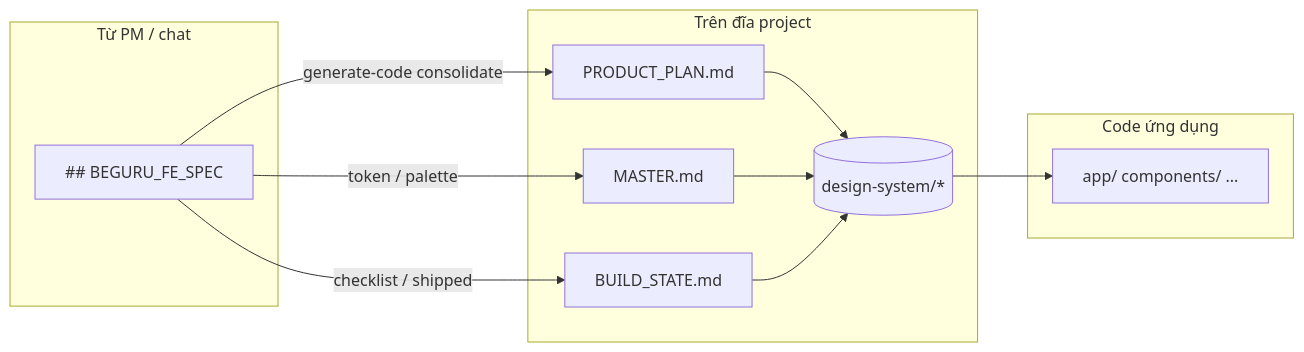
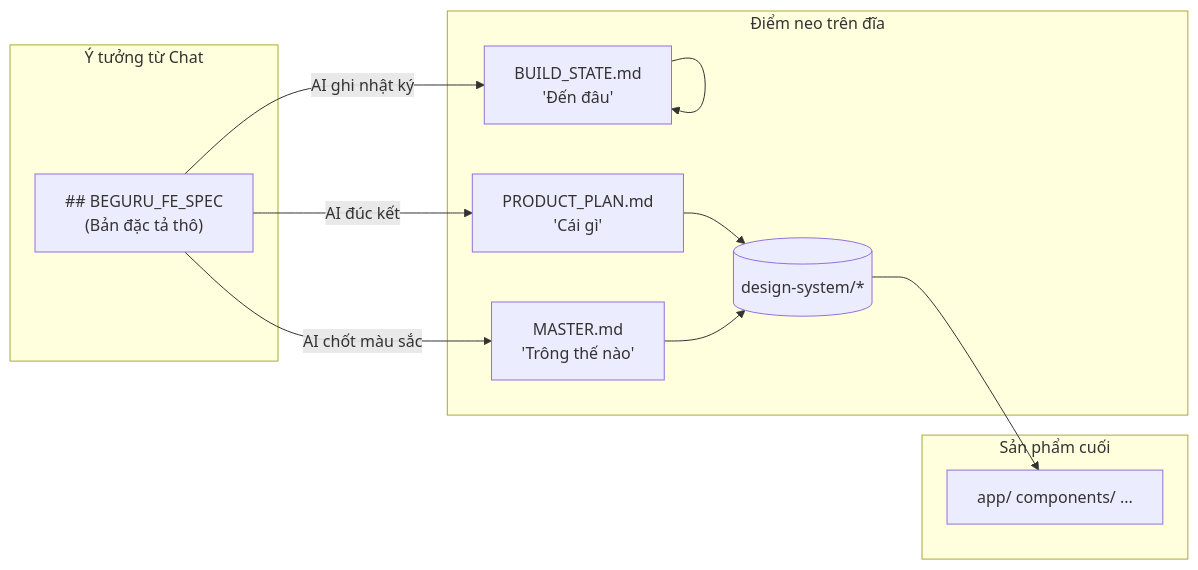
The first of 3 diagrams in content/posts/beguru-ai-case-study-design-system-disk.md (charlieviettq/charlieviettq.github.io), drawn with Mermaid before and after one commit. The commit also changed other lines of this file and 11 other files, not shown here.

````diff
--- a/content/posts/beguru-ai-case-study-design-system-disk.md
+++ b/content/posts/beguru-ai-case-study-design-system-disk.md
@@ -22,25 +28,25 @@
 ```mermaid
 flowchart LR
-  subgraph spec_layer [Từ PM / chat]
-    FE["## BEGURU_FE_SPEC"]
+  subgraph spec_layer [Ý tưởng từ Chat]
+    FE["## BEGURU_FE_SPEC\n(Bản đặc tả thô)"]
   end
 
-  subgraph disk [Trên đĩa project]
-    PP[PRODUCT_PLAN.md]
-    BS[BUILD_STATE.md]
-    M[MASTER.md]
+  subgraph disk [Điểm neo trên đĩa]
+    PP[PRODUCT_PLAN.md\n'Cái gì']
+    BS[BUILD_STATE.md\n'Đến đâu']
+    M[MASTER.md\n'Trông thế nào']
     DS[(design-system/*)]
   end
 
-  subgraph code [Code ứng dụng]
+  subgraph code [Sản phẩm cuối]
     APP[app/ components/ ...]
   end
 
-  FE -->|generate-code consolidate| PP
-  FE -->|token / palette| M
-  FE -->|checklist / shipped| BS
+  FE -->|AI đúc kết| PP
+  FE -->|AI chốt màu sắc| M
+  FE -->|AI ghi nhật ký| BS
   PP --> DS
   M --> DS
-  BS --> DS
+  BS --> BS
   DS --> APP
 ```
````
